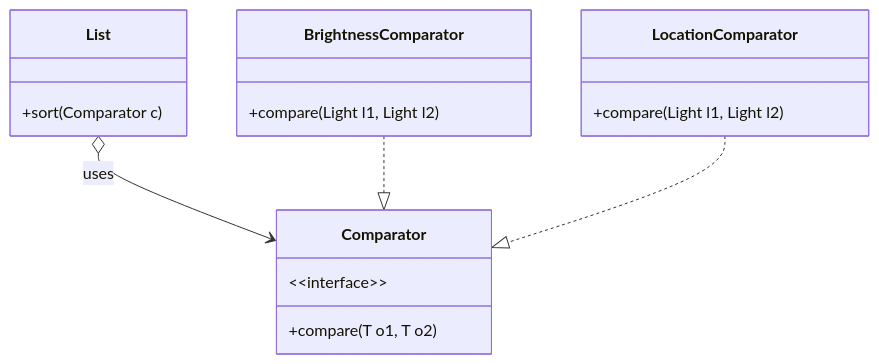
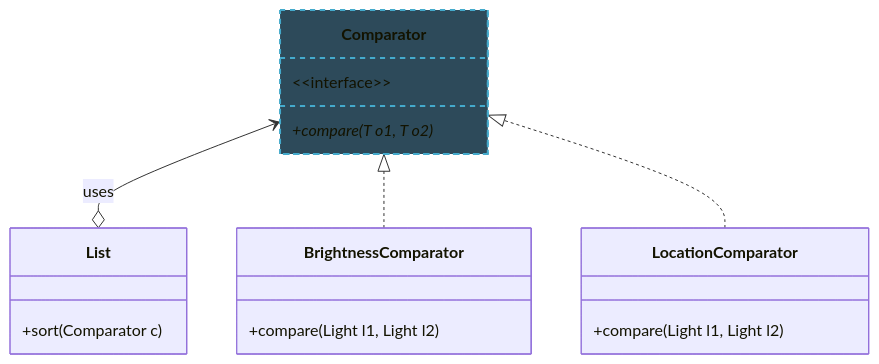
The second of 2 diagrams in lecture-slides/l5-fp-readability.mdx (neu-pdi/cs3100-public-resources), drawn with Mermaid before and after one commit. The commit also changed other lines of this file and 2 other files, not shown here.

````diff
--- a/lecture-slides/l5-fp-readability.mdx
+++ b/lecture-slides/l5-fp-readability.mdx
@@ -653,19 +679,22 @@
 ```mermaid
 classDiagram
+direction BT
     class List {
         +sort(Comparator c)
     }
     class Comparator {
         &lt;&lt;interface&gt;&gt;
-        +compare(T o1, T o2)
+        +compare(T o1, T o2)*
     }
     class BrightnessComparator {
         +compare(Light l1, Light l2)
     }
     class LocationComparator {
         +compare(Light l1, Light l2)
     }
     List o--> Comparator : uses
     BrightnessComparator ..|> Comparator
     LocationComparator ..|> Comparator
+      style Comparator fill:#2d4a5a,stroke:#4ac,stroke-width:2px,stroke-dasharray: 5 5
+
 ```
````
